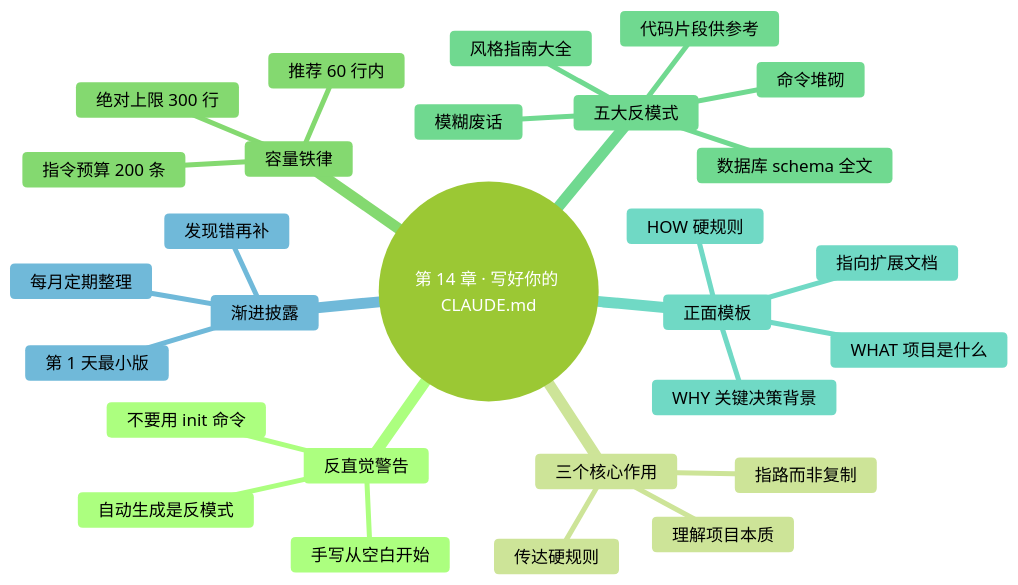
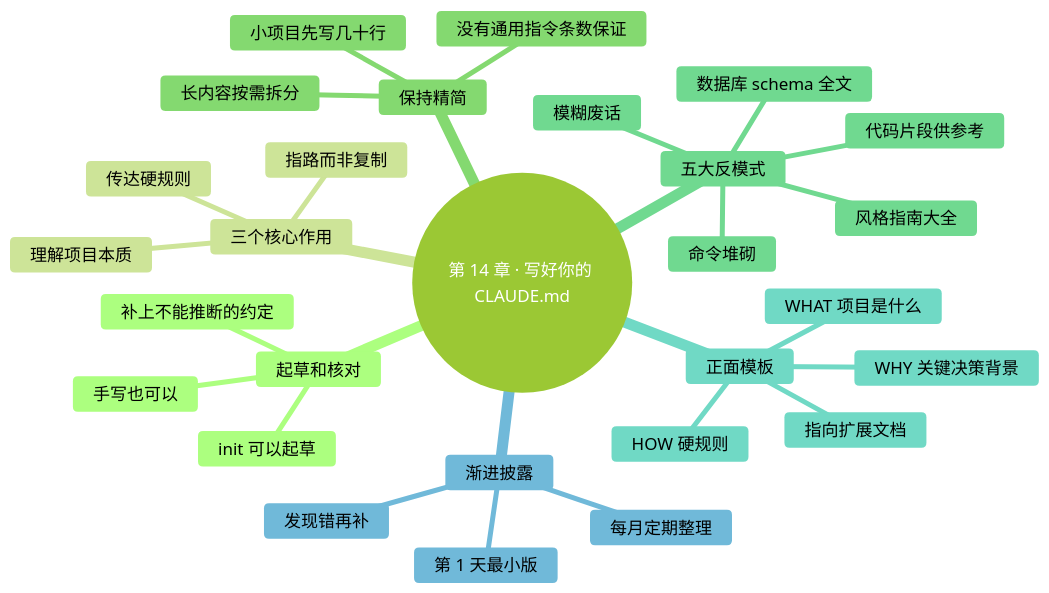
One commit to mali9527/claude-code-full-guide-for-beginners changed the diagram in manuscript/part3-深度概念/14-写好你的CLAUDE.md.md. Above: the diagram before and after it, drawn with Mermaid. The commit also changed other lines of this file and 130 other files, not shown here.

````diff
--- a/manuscript/part3-深度概念/14-写好你的CLAUDE.md.md
+++ b/manuscript/part3-深度概念/14-写好你的CLAUDE.md.md
@@ -20,39 +22,39 @@
 ```mermaid
 ---
 config:
   theme: forest
   themeVariables:
     fontFamily: "-apple-system, 'SF Pro Text', 'PingFang SC', 'Helvetica Neue', sans-serif"
     fontSize: "17px"
     lineColor: "#D9D9D9"
 ---
 mindmap
   root((第 14 章 · 写好你的 CLAUDE.md))
-    反直觉警告
-      不要用 init 命令
-      自动生成是反模式
-      手写从空白开始
+    起草和核对
+      init 可以起草
+      补上不能推断的约定
+      手写也可以
     三个核心作用
       理解项目本质
       传达硬规则
       指路而非复制
-    容量铁律
-      推荐 60 行内
-      绝对上限 300 行
-      指令预算 200 条
+    保持精简
+      小项目先写几十行
+      长内容按需拆分
+      没有通用指令条数保证
     五大反模式
       风格指南大全
       数据库 schema 全文
       代码片段供参考
       命令堆砌
       模糊废话
     正面模板
       WHAT 项目是什么
       WHY 关键决策背景
       HOW 硬规则
       指向扩展文档
     渐进披露
       第 1 天最小版
       发现错再补
       每月定期整理
 ```
````
